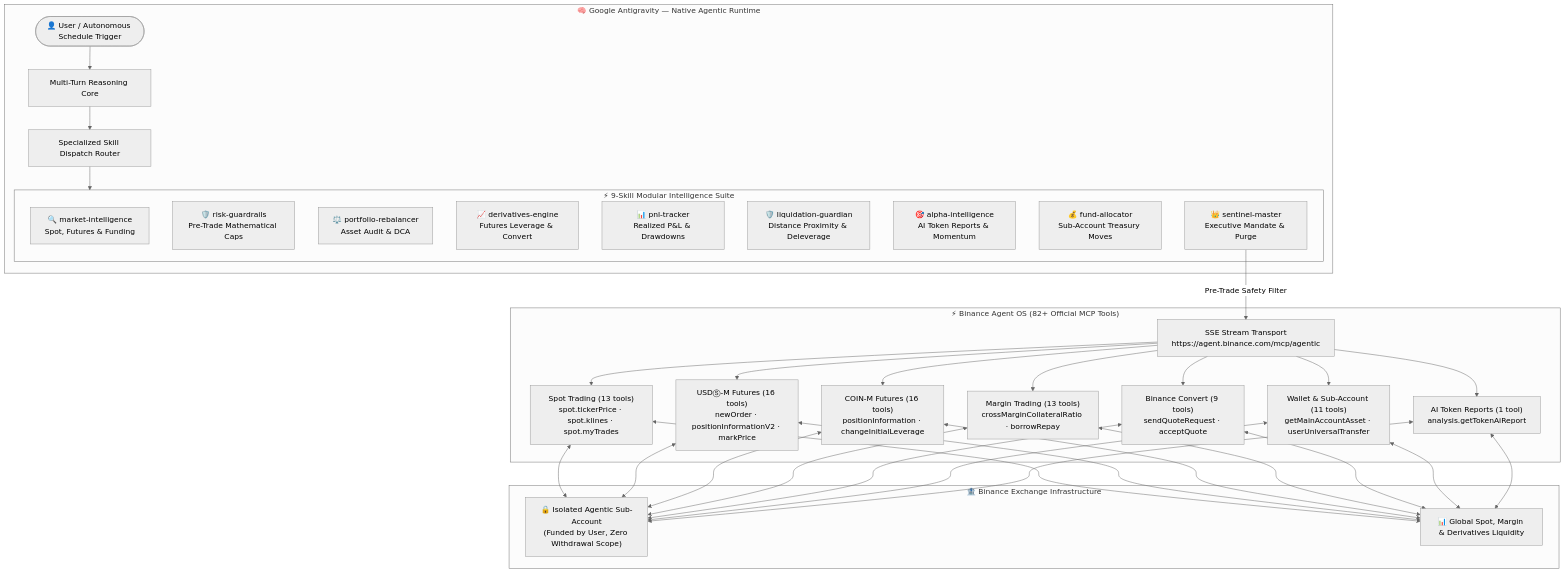
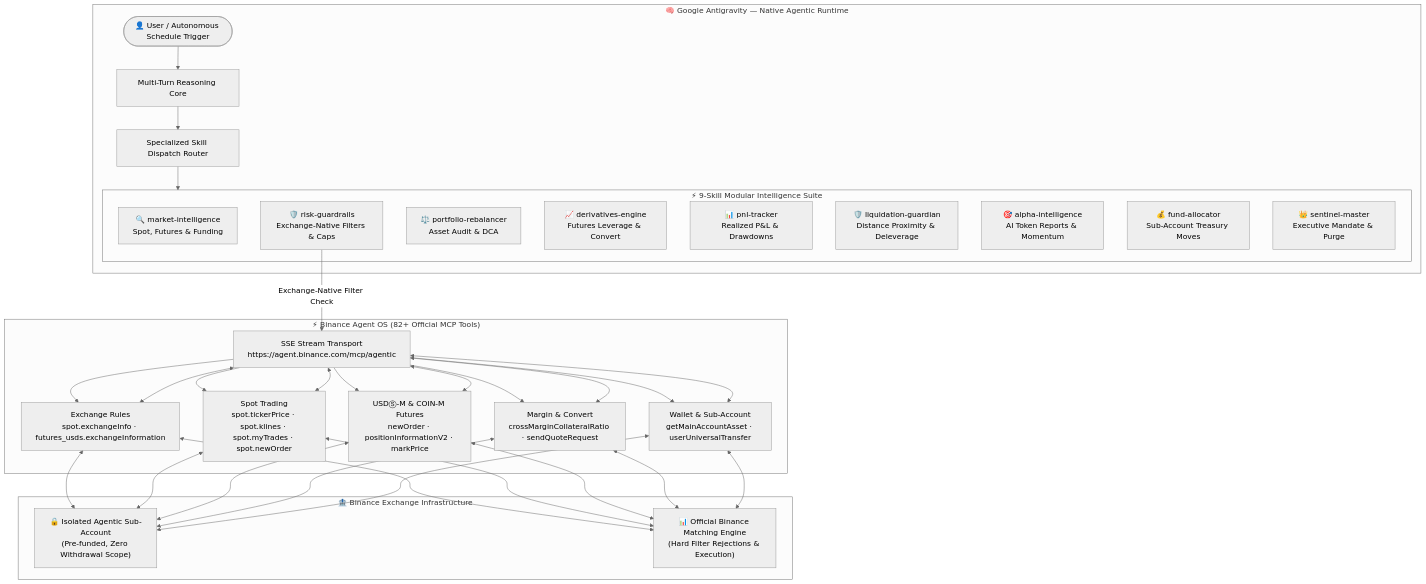
Before and after one commit to favorian1/binance-sentinel-os: the diagram in README.md, drawn with Mermaid (neutral theme). The commit also changed other lines of this file and 3 other files, not shown here.

Commit message:
feat(guardrails): replace hardcoded dollar caps with official Binance exchange filters (spot.exchangeInfo & futures.exchangeInformation) supporting  to M+ orders

````diff
--- a/README.md
+++ b/README.md
@@ -39,40 +39,39 @@
 ```mermaid
 flowchart TB
     subgraph AGY ["🧠 Google Antigravity — Native Agentic Runtime"]
         User(["👤 User / Autonomous Schedule Trigger"]) --> Planner["Multi-Turn Reasoning Core"]
         Planner --> Dispatch["Specialized Skill Dispatch Router"]
 
         subgraph CoreSkills ["⚡ 9-Skill Modular Intelligence Suite"]
             S1["🔍 market-intelligence\nSpot, Futures & Funding"]
-            S2["🛡️ risk-guardrails\nPre-Trade Mathematical Caps"]
+            S2["🛡️ risk-guardrails\nExchange-Native Filters & Caps"]
             S3["⚖️ portfolio-rebalancer\nAsset Audit & DCA"]
             S4["📈 derivatives-engine\nFutures Leverage & Convert"]
             S5["📊 pnl-tracker\nRealized P&L & Drawdowns"]
             S6["🛡️ liquidation-guardian\nDistance Proximity & Deleverage"]
             S7["🎯 alpha-intelligence\nAI Token Reports & Momentum"]
             S8["💰 fund-allocator\nSub-Account Treasury Moves"]
             S9["👑 sentinel-master\nExecutive Mandate & Purge"]
         end
 
         Dispatch --> CoreSkills
     end
 
     subgraph MCP ["⚡ Binance Agent OS (82+ Official MCP Tools)"]
         Transport["SSE Stream Transport\nhttps://agent.binance.com/mcp/agentic"]
-        Transport --> T1["Spot Trading (13 tools)\nspot.tickerPrice · spot.klines · spot.myTrades"]
-        Transport --> T2["USDⓈ-M Futures (16 tools)\nnewOrder · positionInformationV2 · markPrice"]
-        Transport --> T3["COIN-M Futures (16 tools)\npositionInformation · changeInitialLeverage"]
-        Transport --> T4["Margin Trading (13 tools)\ncrossMarginCollateralRatio · borrowRepay"]
-        Transport --> T5["Binance Convert (9 tools)\nsendQuoteRequest · acceptQuote"]
-        Transport --> T6["Wallet & Sub-Account (11 tools)\ngetMainAccountAsset · userUniversalTransfer"]
-        Transport --> T7["AI Token Reports (1 tool)\nanalysis.getTokenAiReport"]
+        Transport --> T1["Exchange Rules\nspot.exchangeInfo · futures_usds.exchangeInformation"]
+        Transport --> T2["Spot Trading\nspot.tickerPrice · spot.klines · spot.myTrades · spot.newOrder"]
+        Transport --> T3["USDⓈ-M & COIN-M Futures\nnewOrder · positionInformationV2 · markPrice"]
+        Transport --> T4["Margin & Convert\ncrossMarginCollateralRatio · sendQuoteRequest"]
+        Transport --> T5["Wallet & Sub-Account\ngetMainAccountAsset · userUniversalTransfer"]
     end
 
     subgraph Binance ["🏦 Binance Exchange Infrastructure"]
-        SubAccount["🔒 Isolated Agentic Sub-Account\n(Funded by User, Zero Withdrawal Scope)"]
-        OrderBooks["📊 Global Spot, Margin & Derivatives Liquidity"]
+        SubAccount["🔒 Isolated Agentic Sub-Account\n(Pre-funded, Zero Withdrawal Scope)"]
+        MatchingEngine["📊 Official Binance Matching Engine\n(Hard Filter Rejections & Execution)"]
     end
 
-    S9 -->|Pre-Trade Safety Filter| Transport
-    T1 & T2 & T3 & T4 & T5 & T6 & T7 <--> SubAccount & OrderBooks
+    S2 -->|Exchange-Native Filter Check| Transport
+    Transport <--> T1 & T2 & T3 & T4 & T5
+    T1 & T2 & T3 & T4 & T5 <--> SubAccount & MatchingEngine
 ```
````
